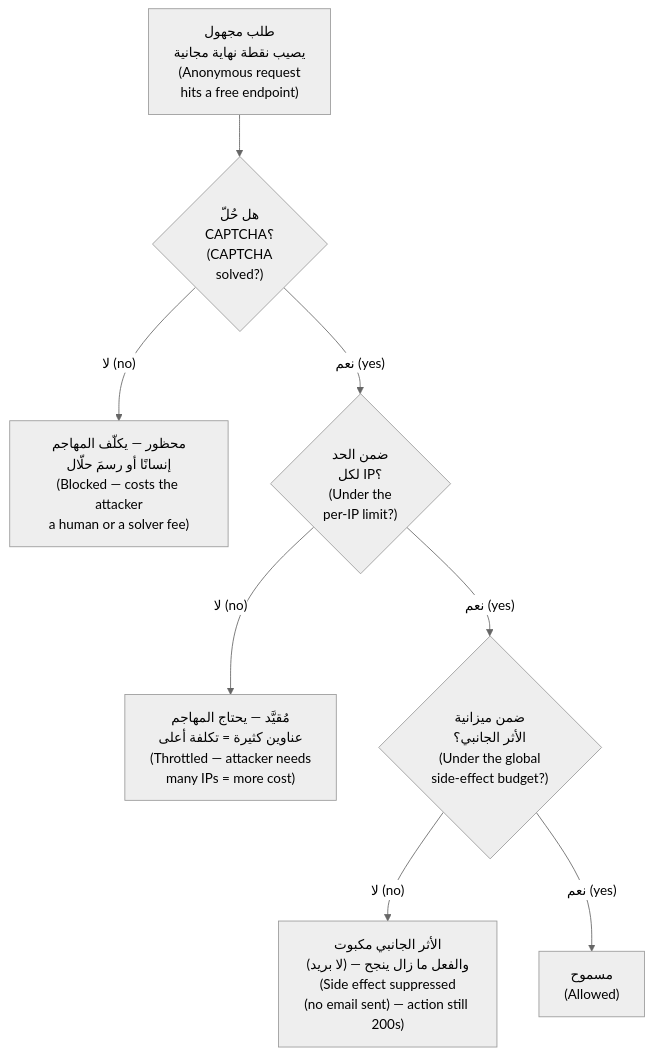
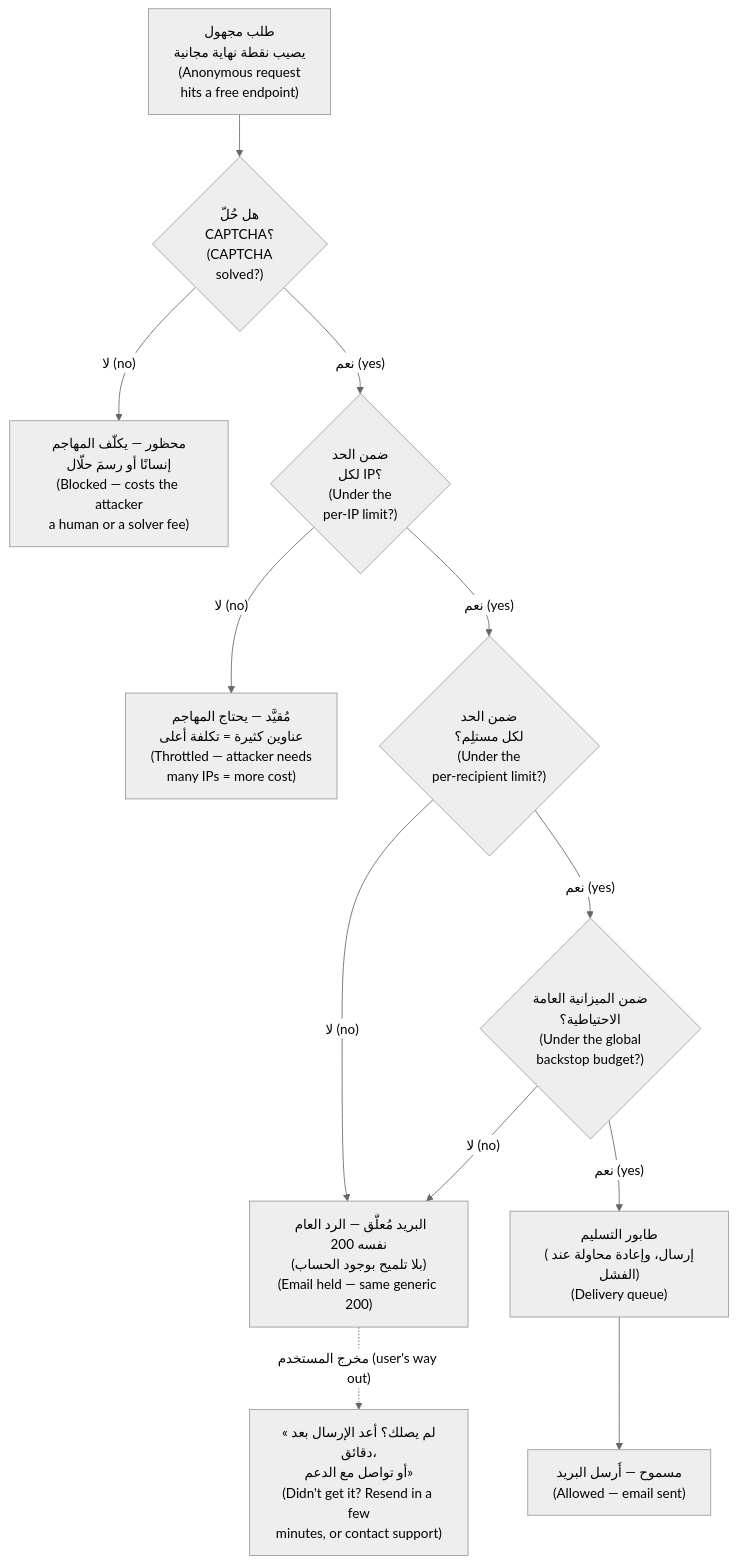
Before and after one commit to Tamoura/system-design-for-vibe-coders: the first of 7 diagrams in modules/05-users-abuse/module.ar.md, drawn with Mermaid (neutral theme). The commit also changed other lines of this file and 433 other files, not shown here.

````diff
--- a/modules/05-users-abuse/module.ar.md
+++ b/modules/05-users-abuse/module.ar.md
@@ -47,10 +49,14 @@
 ```mermaid
 flowchart TD
     A["طلب مجهول<br/>يصيب نقطة نهاية مجانية<br/>(Anonymous request<br/>hits a free endpoint)"] --> B{"هل حُلّ<br/>CAPTCHA؟<br/>(CAPTCHA<br/>solved?)"}
     B -->|"لا (no)"| X["محظور — يكلّف المهاجم<br/>إنسانًا أو رسمَ حلّال<br/>(Blocked — costs the attacker<br/>a human or a solver fee)"]
     B -->|"نعم (yes)"| C{"ضمن الحد<br/>لكل IP؟<br/>(Under the<br/>per-IP limit?)"}
     C -->|"لا (no)"| X2["مُقيَّد — يحتاج المهاجم<br/>عناوين كثيرة = تكلفة أعلى<br/>(Throttled — attacker needs<br/>many IPs = more cost)"]
-    C -->|"نعم (yes)"| D{"ضمن ميزانية<br/>الأثر الجانبي؟<br/>(Under the global<br/>side-effect budget?)"}
-    D -->|"لا (no)"| X3["الأثر الجانبي مكبوت<br/>(لا بريد) — والفعل ما زال ينجح<br/>(Side effect suppressed<br/>(no email sent) — action still 200s)"]
-    D -->|"نعم (yes)"| E["مسموح<br/>(Allowed)"]
+    C -->|"نعم (yes)"| R{"ضمن الحد<br/>لكل مستلِم؟<br/>(Under the<br/>per-recipient limit?)"}
+    R -->|"لا (no)"| H["البريد مُعلَّق — الرد العام نفسه 200<br/>(بلا تلميح بوجود الحساب)<br/>(Email held — same generic 200)"]
+    R -->|"نعم (yes)"| D{"ضمن الميزانية العامة<br/>الاحتياطية؟<br/>(Under the global<br/>backstop budget?)"}
+    D -->|"لا (no)"| H
+    D -->|"نعم (yes)"| Q["طابور التسليم<br/>(إرسال، وإعادة محاولة عند الفشل)<br/>(Delivery queue)"]
+    Q --> E["مسموح — أُرسل البريد<br/>(Allowed — email sent)"]
+    H -.->|"مخرج المستخدم (user's way out)"| U["«لم يصلك؟ أعد الإرسال بعد دقائق،<br/>أو تواصل مع الدعم»<br/>(Didn't get it? Resend in a few<br/>minutes, or contact support)"]
 ```
````
